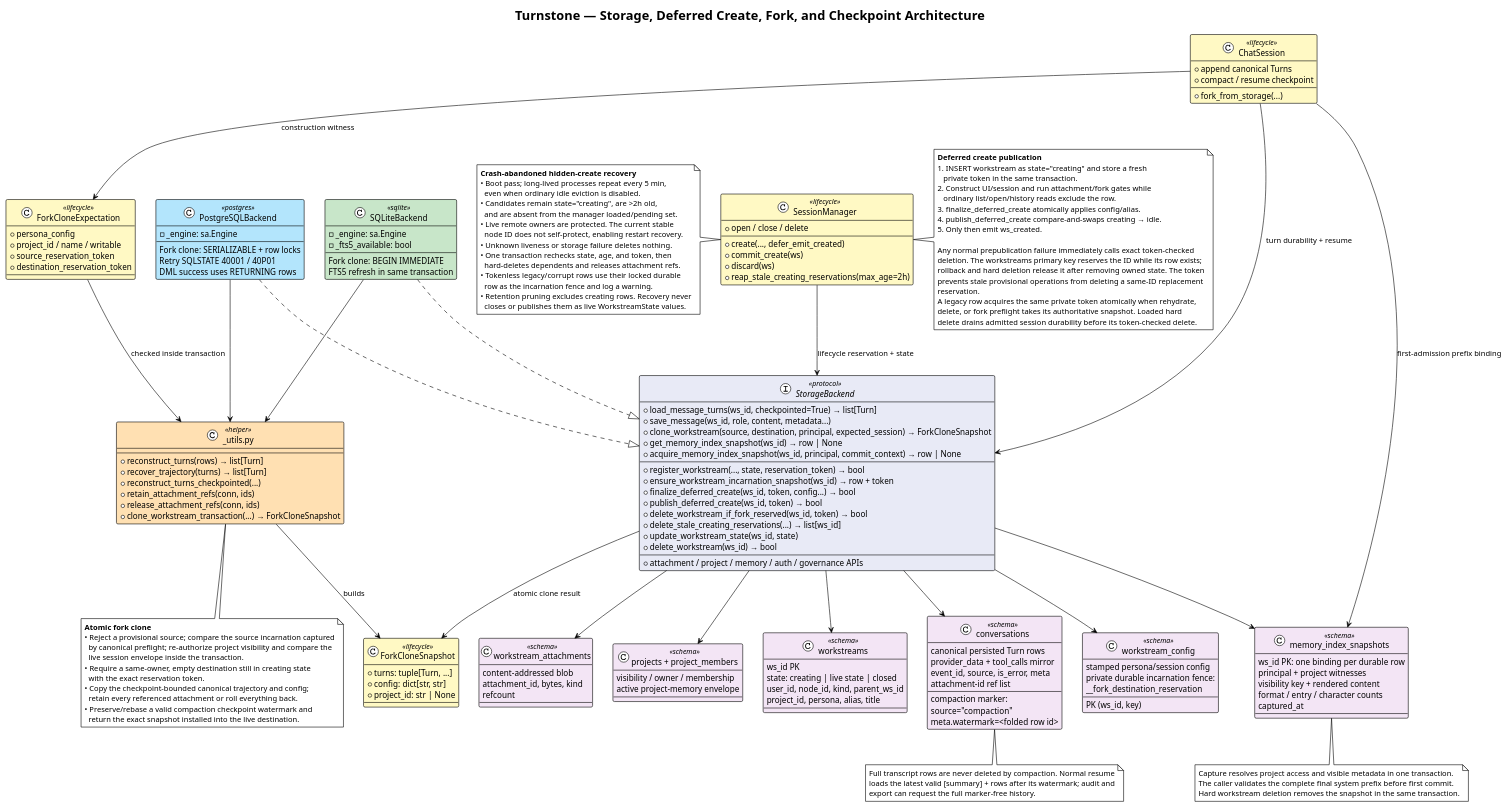
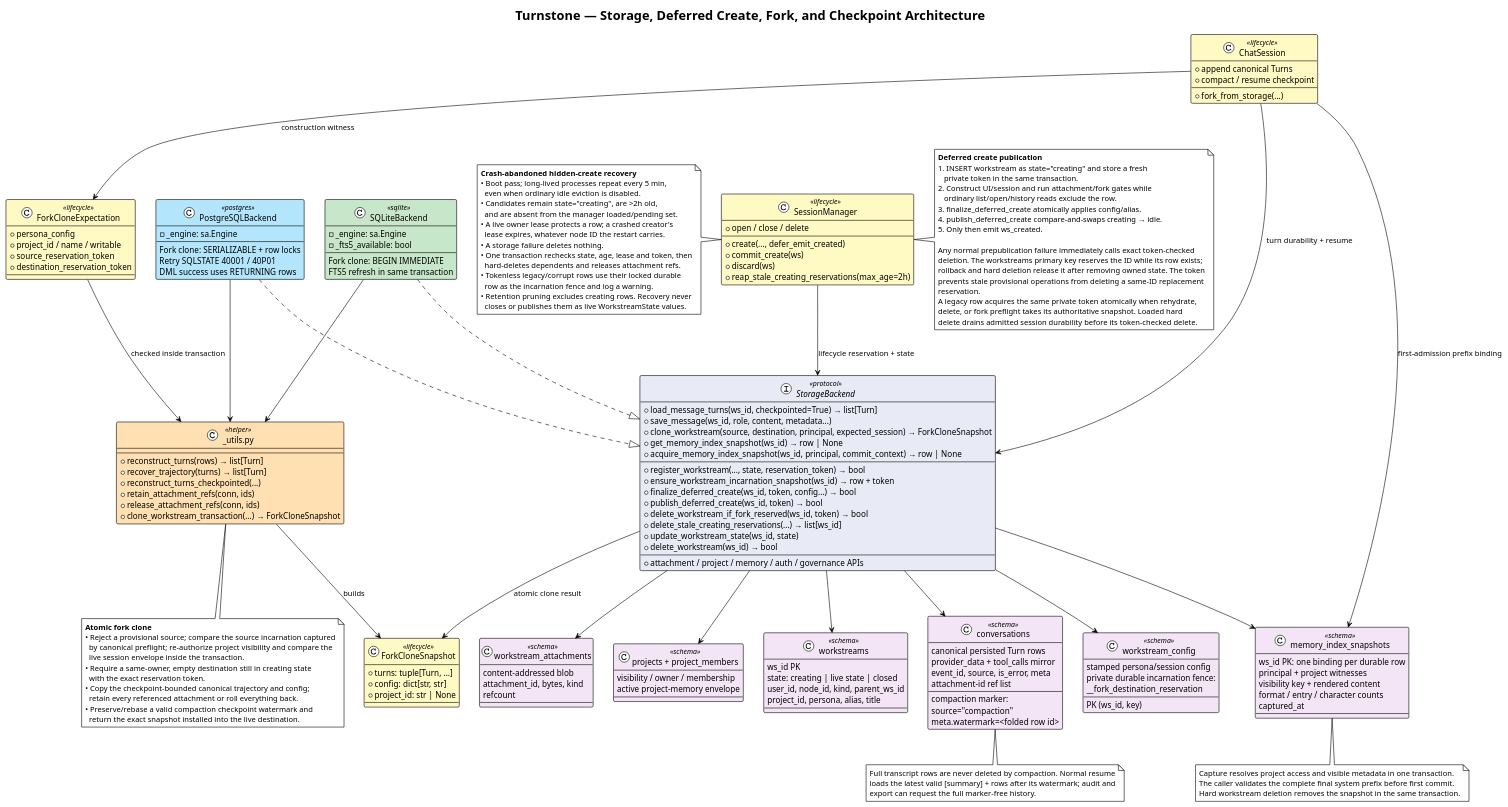
Before and after one commit to turnstonelabs/turnstone: the diagram in docs/diagrams/14-storage-architecture.puml, drawn with PlantUML. The commit also changed 153 other files, not shown here.

```diff
--- a/docs/diagrams/14-storage-architecture.puml
+++ b/docs/diagrams/14-storage-architecture.puml
@@ -172,10 +172,10 @@
     even when ordinary idle eviction is disabled.
   • Candidates remain state="creating", are >2h old,
     and are absent from the manager loaded/pending set.
-  • Live remote owners are protected. The current stable
-    node ID does not self-protect, enabling restart recovery.
-  • Unknown liveness or storage failure deletes nothing.
-  • One transaction rechecks state, age, and token, then
+  • A live owner lease protects a row; a crashed creator's
+    lease expires, whatever node ID the restart carries.
+  • A storage failure deletes nothing.
+  • One transaction rechecks state, age, lease and token, then
     hard-deletes dependents and releases attachment refs.
   • Tokenless legacy/corrupt rows use their locked durable
     row as the incarnation fence and log a warning.
```
